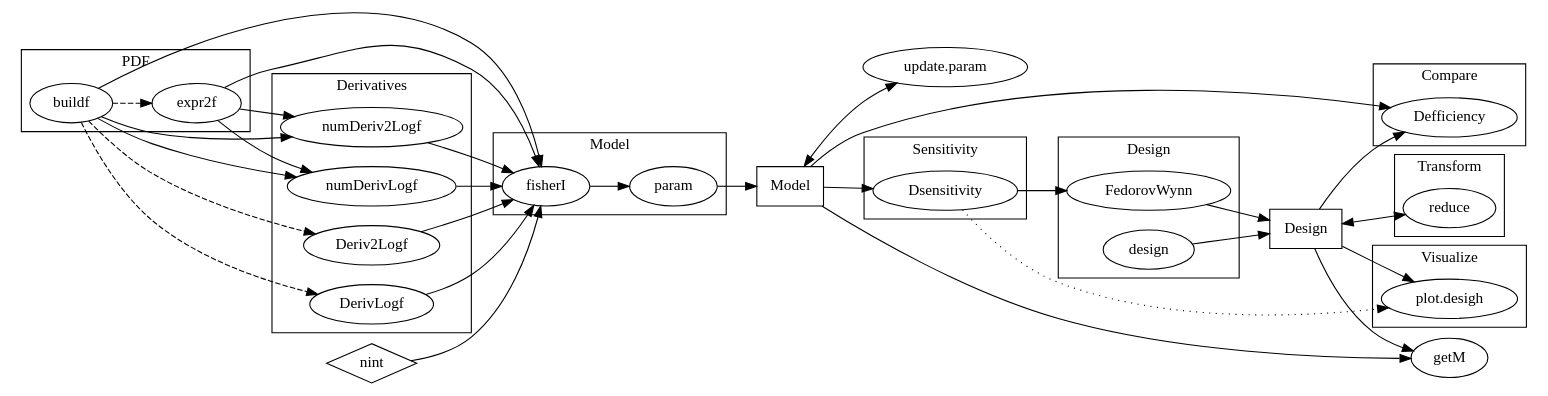
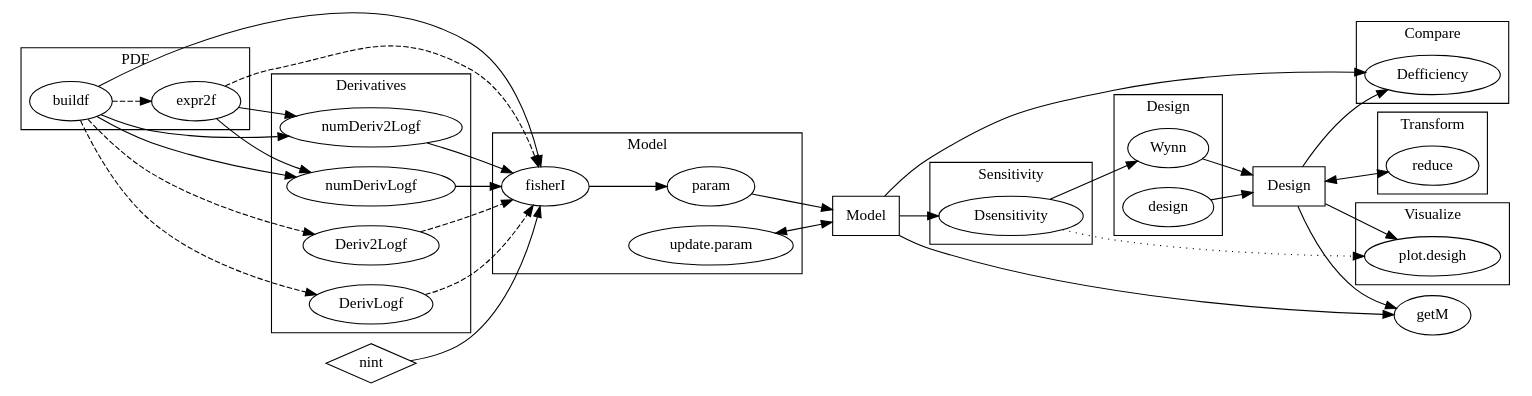
Before and after one commit to arappold/docopulae: the diagram in misc/workflow.dot, drawn with Graphviz. The commit also changed 12 other files, not shown here.

Commit message:
renamed FedorovWynn to Wynn, renamed argument names, fixed initial type of paramWynn.Rd, updated Wynn to check for equal x and desx in sensF defaults, updated plot to recursively find base design, redefined and fixed default sensitivity label for plot, updated dot graphs, docu update

```diff
--- a/misc/workflow.dot
+++ b/misc/workflow.dot
@@ -1,103 +1,104 @@
 digraph {
-    rankdir = LR;
+    rankdir = LR
 
     subgraph cluster_buildPDF {
-        label = "PDF";
-        fontname = bold;
-        buildf -> expr2f [style=dashed];
+        label = "PDF"
+        fontname = bold
+        buildf -> expr2f [style=dashed]
     }
 
     subgraph cluster_deriv {
-        label = "Derivatives";
-        fontname = bold;
-        rank = same;
-        numDerivLogf;
-        numDeriv2Logf;
-        DerivLogf;
-        Deriv2Logf;
+        label = "Derivatives"
+        fontname = bold
+        numDerivLogf
+        numDeriv2Logf
+        DerivLogf
+        Deriv2Logf
     }
 
-    buildf -> numDerivLogf;
-    buildf -> numDeriv2Logf;
-    expr2f -> numDerivLogf;
-    expr2f -> numDeriv2Logf;
-    buildf -> DerivLogf [style=dashed];
-    buildf -> Deriv2Logf [style=dashed];
+    buildf -> numDerivLogf
+    buildf -> numDeriv2Logf
+    expr2f -> numDerivLogf
+    expr2f -> numDeriv2Logf
+    buildf -> DerivLogf [style=dashed]
+    buildf -> Deriv2Logf [style=dashed]
 
-    nint [shape=diamond];
-    Model [shape=box];
+    nint [shape=diamond]
+    Model [shape=box]
 
     subgraph cluster_model {
-        label = "Model";
-        fontname = bold;
-        fisherI -> param;
+        label = "Model"
+        fontname = bold
+        fisherI
+        { rank=same param "update.param" }
+        fisherI -> param
     }
 
-    buildf -> fisherI;
-    expr2f -> fisherI;
-    numDerivLogf -> fisherI;
-    numDeriv2Logf -> fisherI;
-    DerivLogf -> fisherI;
-    Deriv2Logf -> fisherI;
-    nint -> fisherI;
-    param -> Model;
-    Model -> "update.param" [dir=both];
+    buildf -> fisherI
+    expr2f -> fisherI [style=dashed]
+    numDerivLogf -> fisherI
+    numDeriv2Logf -> fisherI
+    DerivLogf -> fisherI [style=dashed]
+    Deriv2Logf -> fisherI [style=dashed]
+    nint -> fisherI
+    param -> Model
+    "update.param" -> Model [dir=both]
 
     subgraph cluster_sens {
-        label = "Sensitivity";
-        fontname = bold;
-        Dsensitivity;
+        label = "Sensitivity"
+        fontname = bold
+        Dsensitivity
     }
 
-    Model -> Dsensitivity;
+    Model -> Dsensitivity
 
-    Design [shape=box];
+    Design [shape=box]
 
     subgraph cluster_design {
-        label = "Design";
-        fontname = bold;
-        FedorovWynn;
-        design;
+        label = "Design"
+        fontname = bold
+        Wynn
+        design
     }
 
-    Dsensitivity -> FedorovWynn;
-    FedorovWynn -> Design;
-    design -> Design;
+    Dsensitivity -> Wynn
+    Wynn -> Design
+    design -> Design
 
     subgraph cluster_compare {
-        label = "Compare";
-        fontname = bold;
-        Defficiency;
+        label = "Compare"
+        fontname = bold
+        Defficiency
     }
 
-    Design -> Defficiency;
-    Model -> Defficiency;
+    Design -> Defficiency
+    Model -> Defficiency
 
     subgraph cluster_transform {
-        label = "Transform";
-        fontname = bold;
-        reduce;
+        label = "Transform"
+        fontname = bold
+        reduce
     }
 
-    Design -> reduce [dir=both];
+    Design -> reduce [dir=both]
 
     subgraph cluster_visualize {
-        label = "Visualize";
-        fontname = bold;
-        "plot.desigh";
+        label = "Visualize"
+        fontname = bold
+        "plot.desigh"
     }
 
-    Design -> "plot.desigh";
-    Dsensitivity -> "plot.desigh" [style=dotted];
+    Design -> "plot.desigh"
+    Dsensitivity -> "plot.desigh" [style=dotted]
 
-    Model -> getM;
-    Design -> getM;
+    Model -> getM
+    Design -> getM
 
     //subgraph cluster_helper {
-        //integrateA;
-        //rowmatch;
-        //roworder;
-        //seq1;
-        //getM;
+        //integrateA
+        //rowmatch
+        //roworder
+        //seq1
+        //getM
     //}
 }
```
